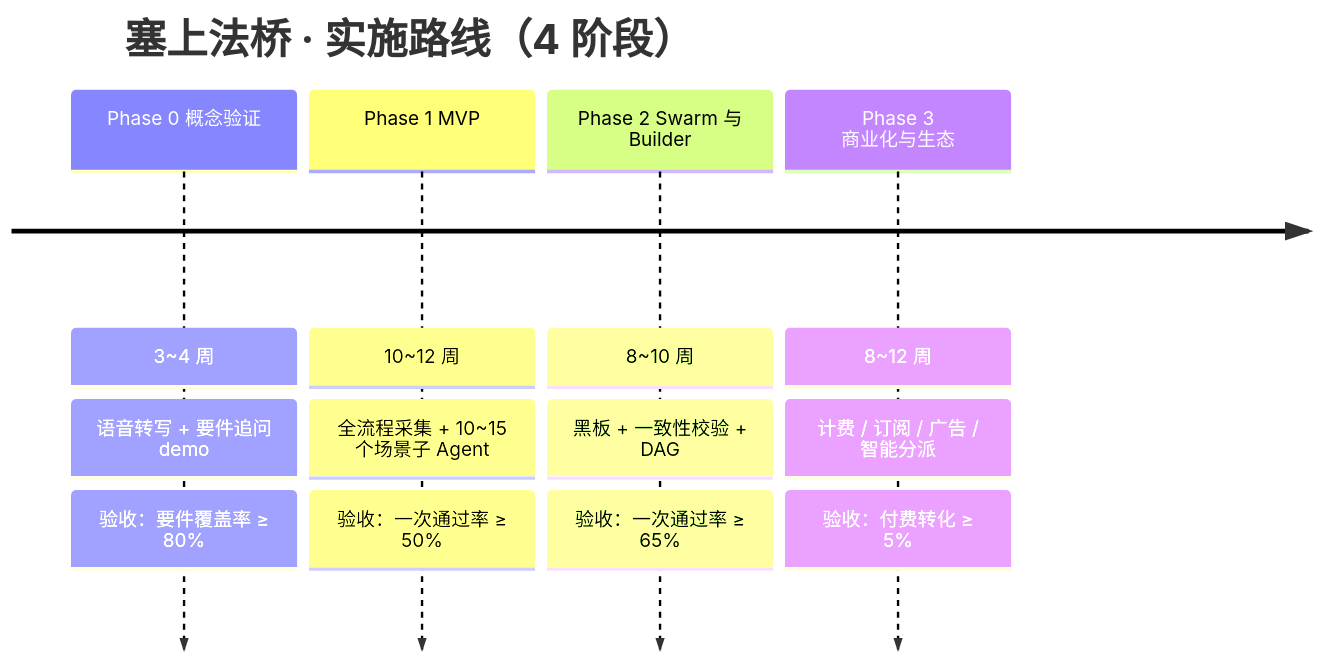
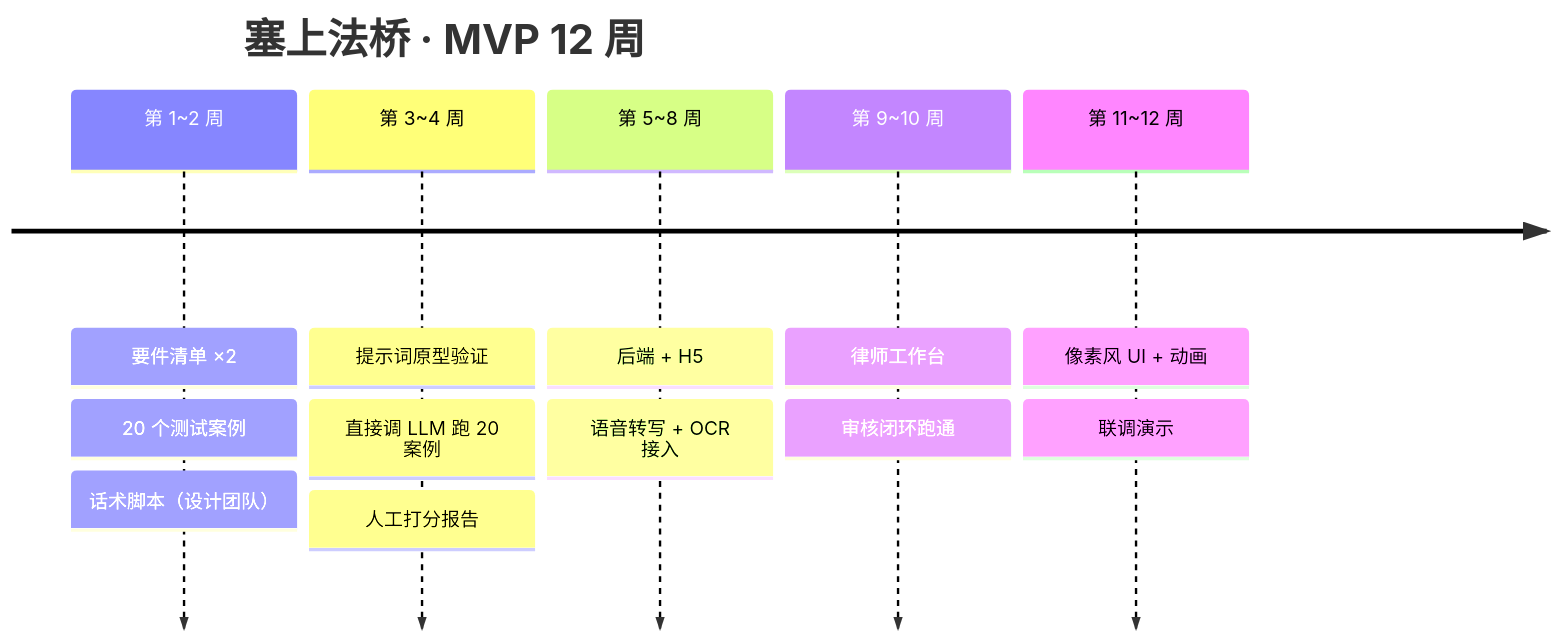
The third of 3 diagrams in README.md (Megalomanian/saishangfaqiao), drawn with Mermaid before and after one commit. The commit also changed other lines of this file and 2 other files, not shown here.

Commit message:
refactor: 技术方案收敛为 MVP 版（单体架构 + 4 个子 Agent + 3 张简洁架构图）

````diff
--- a/README.md
+++ b/README.md
@@ -454,8 +164,9 @@
 ```mermaid
 timeline
-    title 塞上法桥 · 实施路线（4 阶段）
-    Phase 0 概念验证 : 3~4 周 : 语音转写 + 要件追问 demo : 验收：要件覆盖率 ≥ 80%
-    Phase 1 MVP : 10~12 周 : 全流程采集 + 10~15 个场景子 Agent : 验收：一次通过率 ≥ 50%
-    Phase 2 Swarm 与 Builder : 8~10 周 : 黑板 + 一致性校验 + DAG : 验收：一次通过率 ≥ 65%
-    Phase 3 商业化与生态 : 8~12 周 : 计费 / 订阅 / 广告 / 智能分派 : 验收：付费转化 ≥ 5%
+    title 塞上法桥 · MVP 12 周
+    第 1~2 周 : 要件清单 ×2 : 20 个测试案例 : 话术脚本（设计团队）
+    第 3~4 周 : 提示词原型验证 : 直接调 LLM 跑 20 案例 : 人工打分报告
+    第 5~8 周 : 后端 + H5 : 语音转写 + OCR 接入
+    第 9~10 周 : 律师工作台 : 审核闭环跑通
+    第 11~12 周 : 像素风 UI + 动画 : 联调演示
 ```
````
